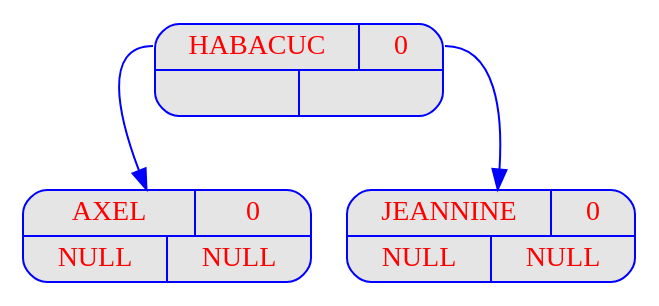
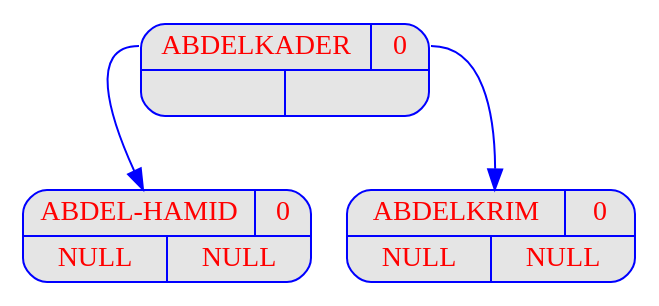
One commit to FilRougeAAP/Fil_Rouge changed the diagram in Programme_1/output_Prog1/dot/displayAVL_v02.dot. Above: the diagram before and after it, drawn with Graphviz. The commit also changed 45 other files, not shown here.

```diff
--- a/Programme_1/output_Prog1/dot/displayAVL_v02.dot
+++ b/Programme_1/output_Prog1/dot/displayAVL_v02.dot
@@ -1,24 +1,24 @@
 digraph displayAVL {
 	node [
 		fontname  = "Arial bold" 
 		fontsize  = "14"
 		fontcolor = "red"
 		style     = "rounded, filled"
 		shape     = "record"
 		fillcolor = "grey90"
 		color     = "blue"
 		width     = "2"
 	]
 
 	edge [
 		color     = "blue"
 	]
 
-	"HABACUC" [label = "{{<g> HABACUC | <d> 0 } | { <g> | <d>}}"];
-	"HABACUC":g -> "AXEL";
-	"AXEL" [label = "{{<g> AXEL | <d> 0 } | { <g> | <d>}}"];
-	"AXEL" [label = "{{<g> AXEL | <d> 0 }| { <g> NULL | <d> NULL}}"];
-	"HABACUC":d -> "JEANNINE";
-	"JEANNINE" [label = "{{<g> JEANNINE | <d> 0 } | { <g> | <d>}}"];
-	"JEANNINE" [label = "{{<g> JEANNINE | <d> 0 }| { <g> NULL | <d> NULL}}"];
+	"ABDELKADER" [label = "{{<g> ABDELKADER | <d> 0 } | { <g> | <d>}}"];
+	"ABDELKADER":g -> "ABDEL-HAMID";
+	"ABDEL-HAMID" [label = "{{<g> ABDEL-HAMID | <d> 0 } | { <g> | <d>}}"];
+	"ABDEL-HAMID" [label = "{{<g> ABDEL-HAMID | <d> 0 }| { <g> NULL | <d> NULL}}"];
+	"ABDELKADER":d -> "ABDELKRIM";
+	"ABDELKRIM" [label = "{{<g> ABDELKRIM | <d> 0 } | { <g> | <d>}}"];
+	"ABDELKRIM" [label = "{{<g> ABDELKRIM | <d> 0 }| { <g> NULL | <d> NULL}}"];
 }
```
